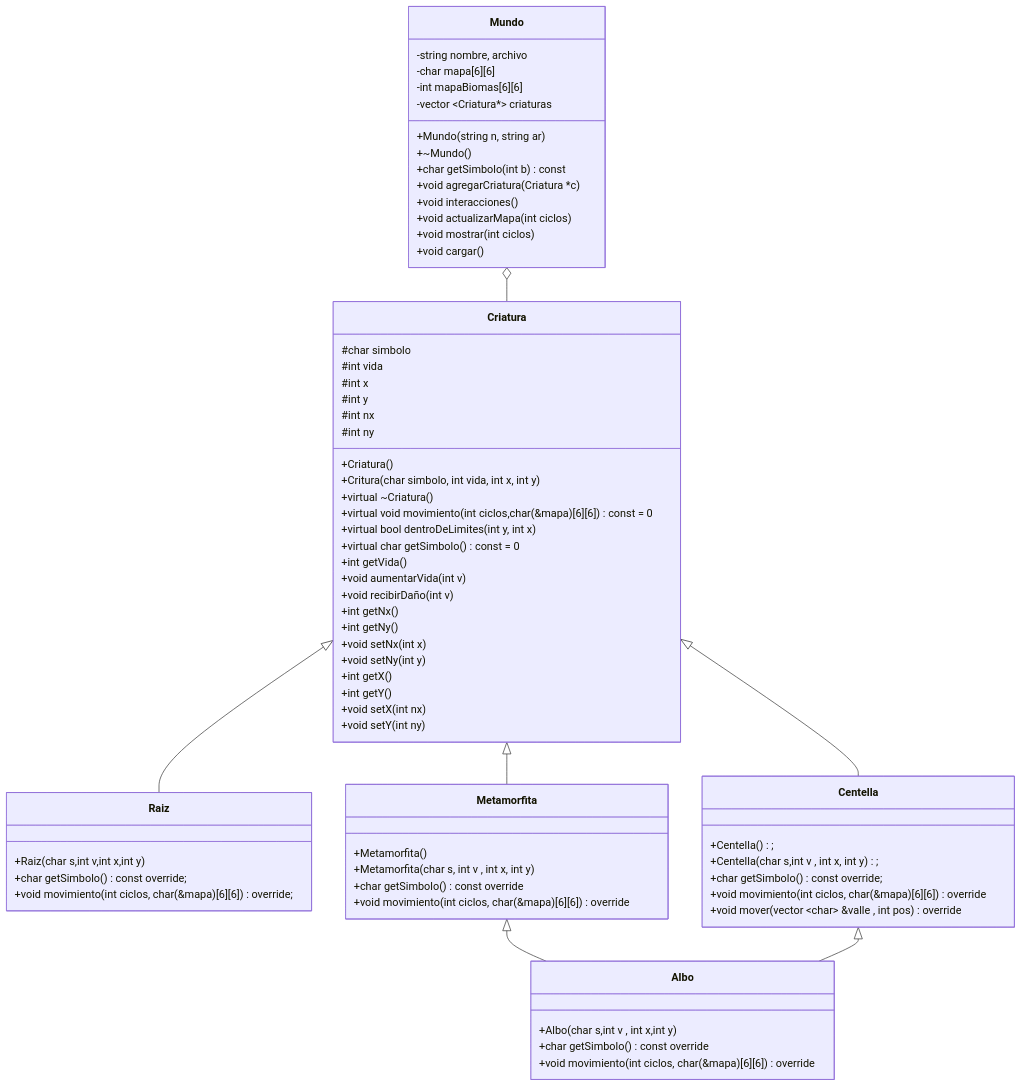
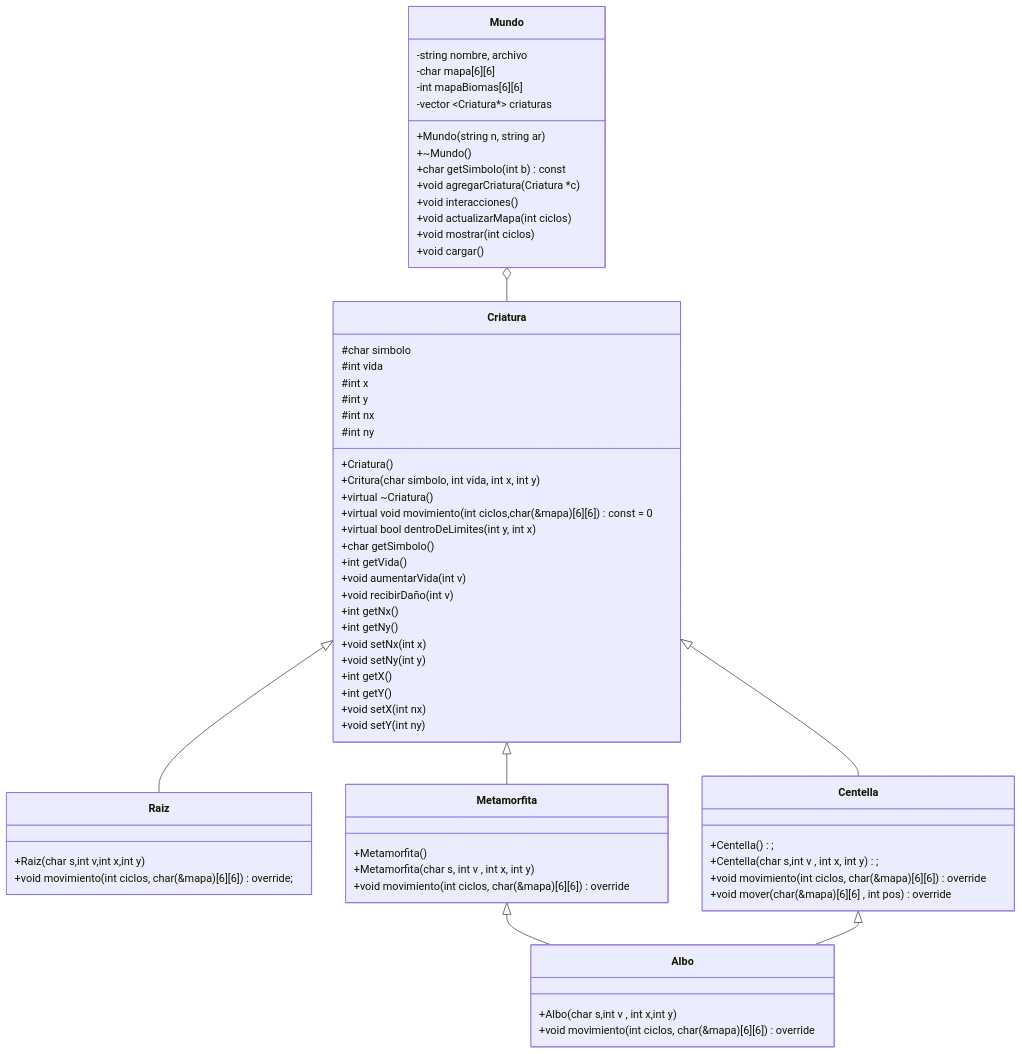
One commit to Cami0111/ProyectoF-C changed the diagram in DiagramasUML.md. Above: the diagram before and after it, drawn with Mermaid. The commit also changed 12 other files, not shown here.

Commit message:
Actualizacion de Diagramas , simbolo de criaturas y Movimiento

````diff
--- a/DiagramasUML.md
+++ b/DiagramasUML.md
@@ -1,72 +1,68 @@
 ```mermaid 
 classDiagram 
   class Mundo{
     -string nombre, archivo
     -char mapa[6][6]
     -int mapaBiomas[6][6]
     -vector ~Criatura*~ criaturas
     +Mundo(string n, string ar)
     +~Mundo()
     +char getSimbolo(int b) const
     +void agregarCriatura(Criatura *c)
     +void interacciones()
     +void actualizarMapa(int ciclos)
     +void mostrar(int ciclos)
     +void cargar()
   }
   class Criatura{
     #char simbolo
     #int vida
     #int x
     #int y
     #int nx
     #int ny
     +Criatura()
     +Critura(char simbolo, int vida, int x, int y)
     +virtual ~Criatura()
     +virtual void movimiento(int ciclos,char(&mapa)[6][6]) const = 0 
     +virtual bool dentroDeLimites(int y, int x)
-    +virtual char getSimbolo() const = 0
+    +char getSimbolo()
     +int getVida()
     +void aumentarVida(int v)
     +void recibirDaño(int v)
     +int getNx()
     +int getNy()
     +void setNx(int x)
     +void setNy(int y)
     +int getX()
     +int getY()
     +void setX(int nx)
     +void setY(int ny)
   
     }
   class Raiz{
     +Raiz(char s,int v,int x,int y)
-    +char getSimbolo()const override;
     +void movimiento(int ciclos,  char (&mapa)[6][6]) override;
     }
   class Centella{
     +Centella();
     +Centella(char s,int v , int x, int y);
-    +char getSimbolo() const override;
     +void movimiento(int ciclos, char (&mapa)[6][6]) override 
-    +void mover(vector ~char~ &valle , int pos) override
+    +void mover(char (&mapa)[6][6] , int pos) override
   }
   class Albo{
     +Albo(char s,int v , int x,int y)
-    +char getSimbolo() const override
     +void movimiento(int ciclos, char (&mapa)[6][6]) override
   }
   class Metamorfita{
     +Metamorfita()
     +Metamorfita(char s, int v , int x, int y)
-    +char getSimbolo()const override
     +void movimiento(int ciclos, char (&mapa)[6][6]) override
   }
 Mundo o-- Criatura
 Criatura <|-- Raiz
 Criatura <|-- Centella
 Metamorfita <|-- Albo
 Centella <|-- Albo
 Criatura <|-- Metamorfita
 ```
````
